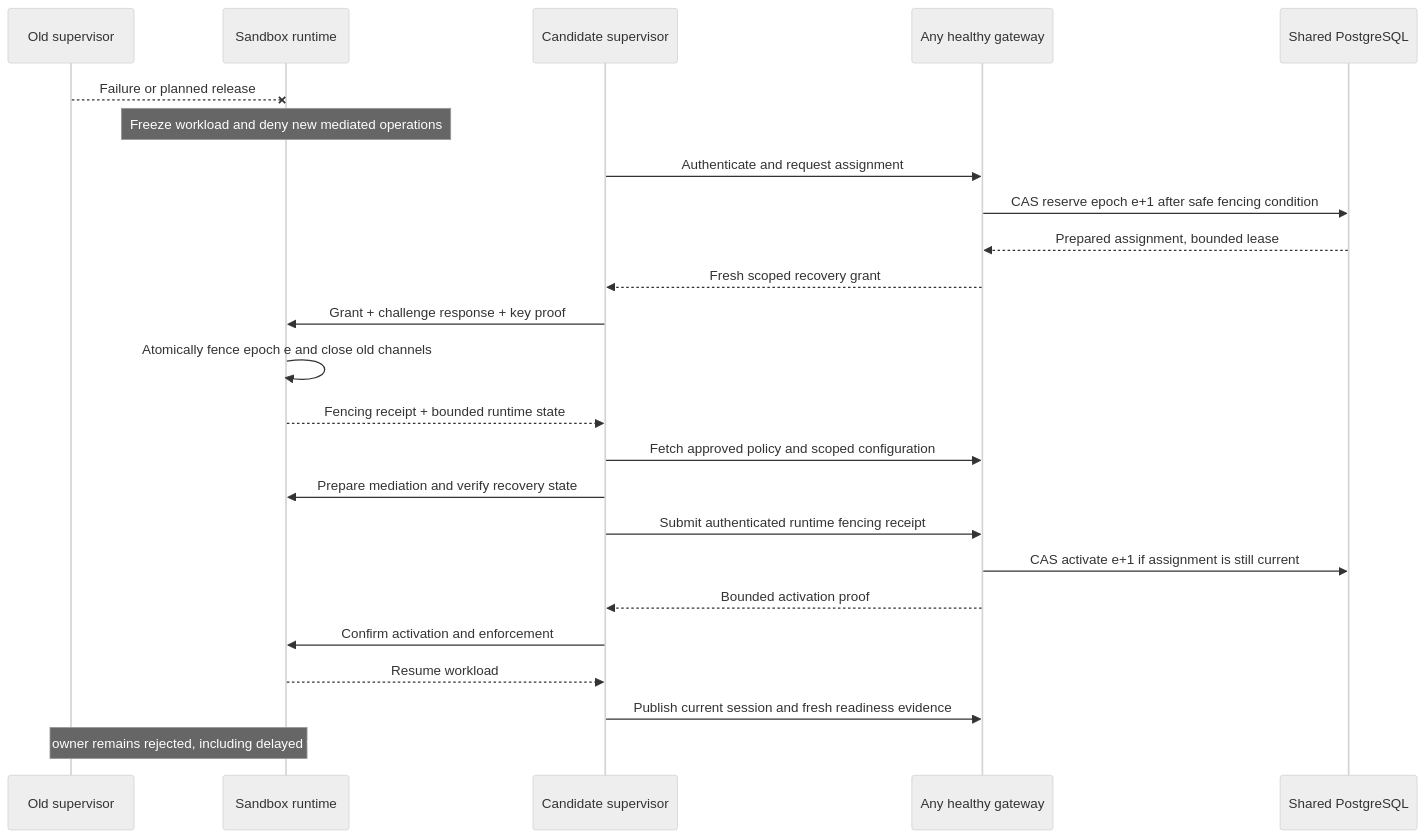
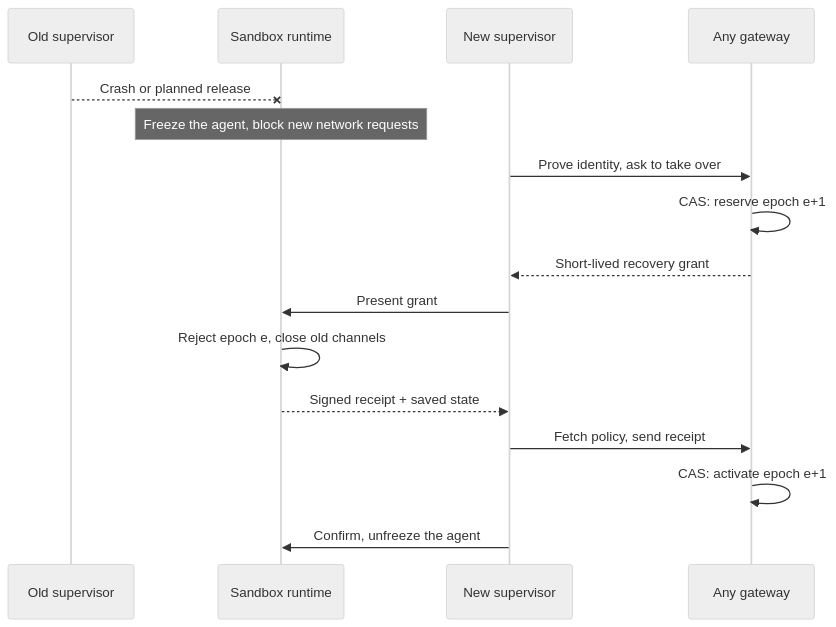
One commit to FrostGod/OpenShell changed the second of 2 diagrams in rfc/0018-multi-sandbox-ha-supervisors/README.md. Above: the diagram before and after it, drawn with Mermaid (neutral theme). The commit also changed other lines of this file, not shown here.

````diff
--- a/rfc/0018-multi-sandbox-ha-supervisors/README.md
+++ b/rfc/0018-multi-sandbox-ha-supervisors/README.md
@@ -156,26 +122,18 @@
 ```mermaid
 sequenceDiagram
     participant O as Old supervisor
     participant R as Sandbox runtime
-    participant C as Candidate supervisor
-    participant G as Any healthy gateway
-    participant D as Shared PostgreSQL
-    O--xR: Failure or planned release
-    Note over R: Freeze workload and deny new mediated operations
-    C->>G: Authenticate and request assignment
-    G->>D: CAS reserve epoch e+1 after safe fencing condition
-    D-->>G: Prepared assignment, bounded lease
-    G-->>C: Fresh scoped recovery grant
-    C->>R: Grant + challenge response + key proof
-    R->>R: Atomically fence epoch e and close old channels
-    R-->>C: Fencing receipt + bounded runtime state
-    C->>G: Fetch approved policy and scoped configuration
-    C->>R: Prepare mediation and verify recovery state
-    C->>G: Submit authenticated runtime fencing receipt
-    G->>D: CAS activate e+1 if assignment is still current
-    G-->>C: Bounded activation proof
-    C->>R: Confirm activation and enforcement
-    R-->>C: Resume workload
-    C->>G: Publish current session and fresh readiness evidence
-    Note over O,R: Stale owner remains rejected, including delayed traffic
+    participant C as New supervisor
+    participant G as Any gateway
+    O--xR: Crash or planned release
+    Note over R: Freeze the agent, block new network requests
+    C->>G: Prove identity, ask to take over
+    G->>G: CAS: reserve epoch e+1
+    G-->>C: Short-lived recovery grant
+    C->>R: Present grant
+    R->>R: Reject epoch e, close old channels
+    R-->>C: Signed receipt + saved state
+    C->>G: Fetch policy, send receipt
+    G->>G: CAS: activate epoch e+1
+    C->>R: Confirm, unfreeze the agent
 ```
````
